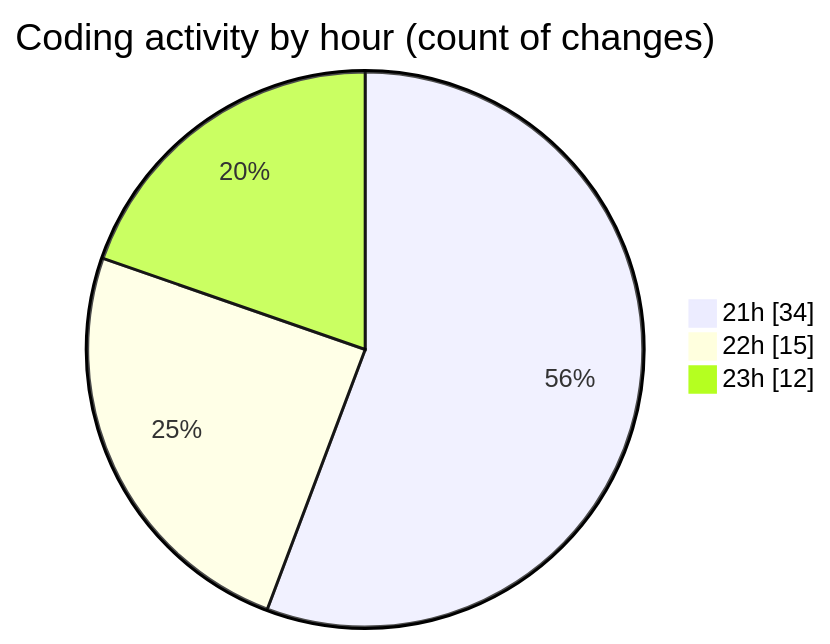
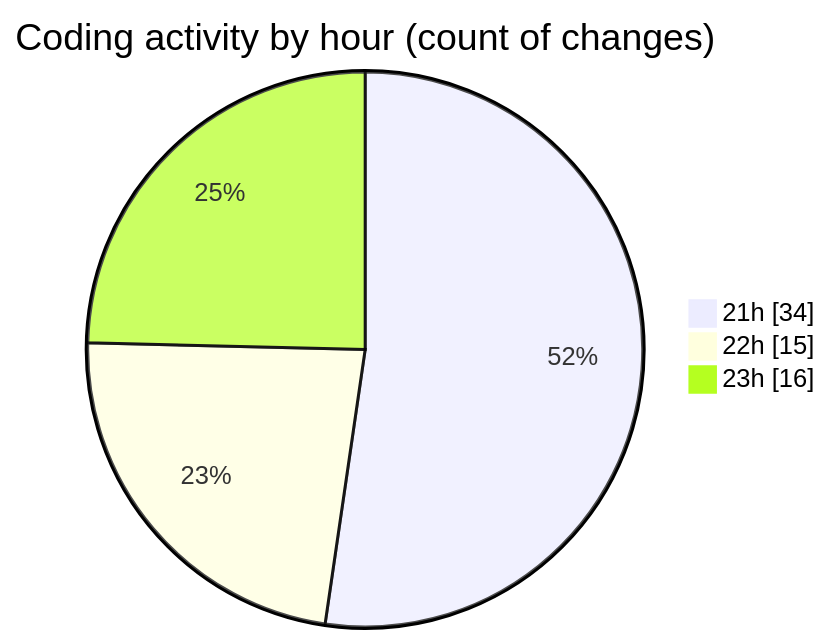
One commit to Ritupan-Deka/code-tracking changed the second of 2 diagrams in 2025-10-31/backend/README.md. Above: the diagram before and after it, drawn with Mermaid. The commit also changed other lines of this file and 1 other file, not shown here.

````diff
--- a/2025-10-31/backend/README.md
+++ b/2025-10-31/backend/README.md
@@ -41,7 +41,7 @@
 ```mermaid
 pie showData
 title Coding activity by hour (count of changes)
 "21h" : 34
 "22h" : 15
-"23h" : 12
+"23h" : 16
 ```
````
